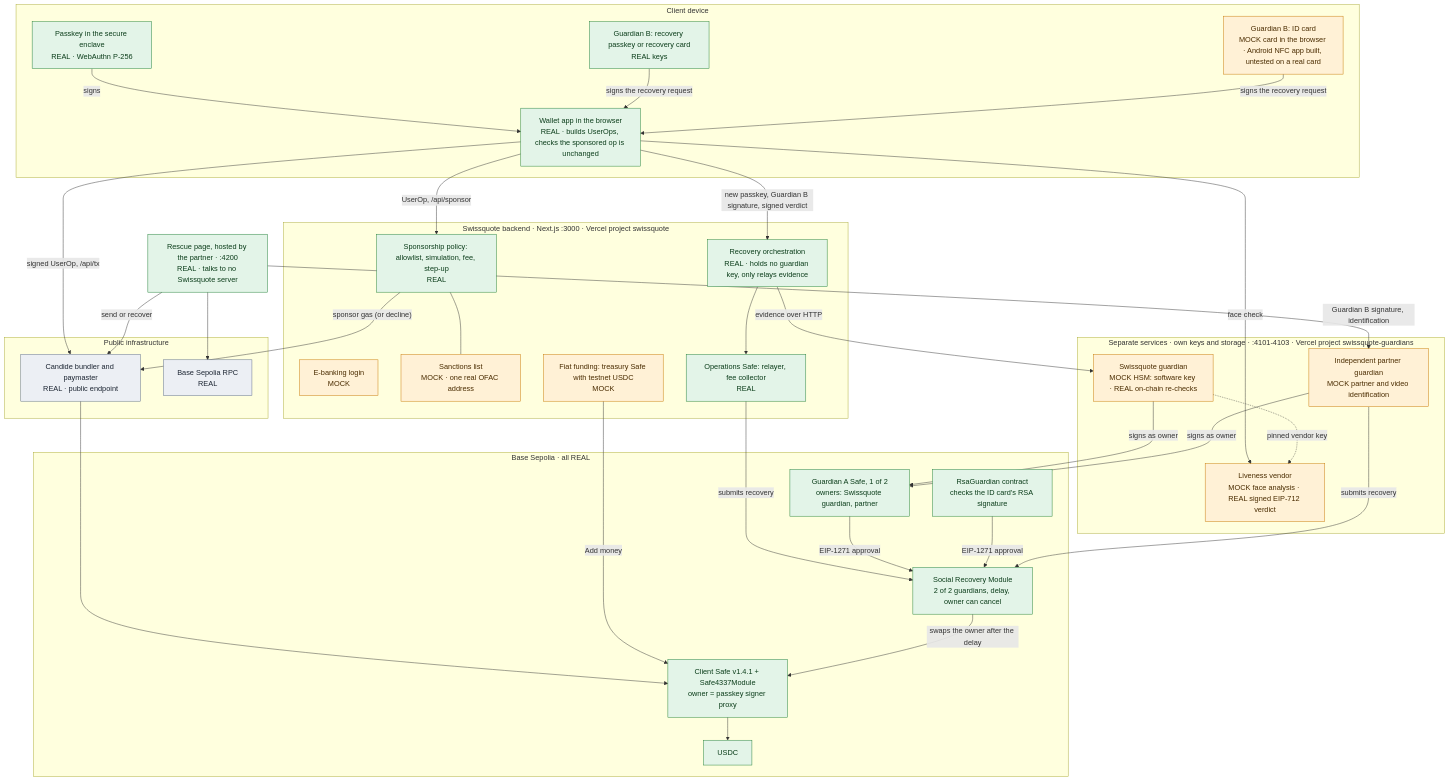
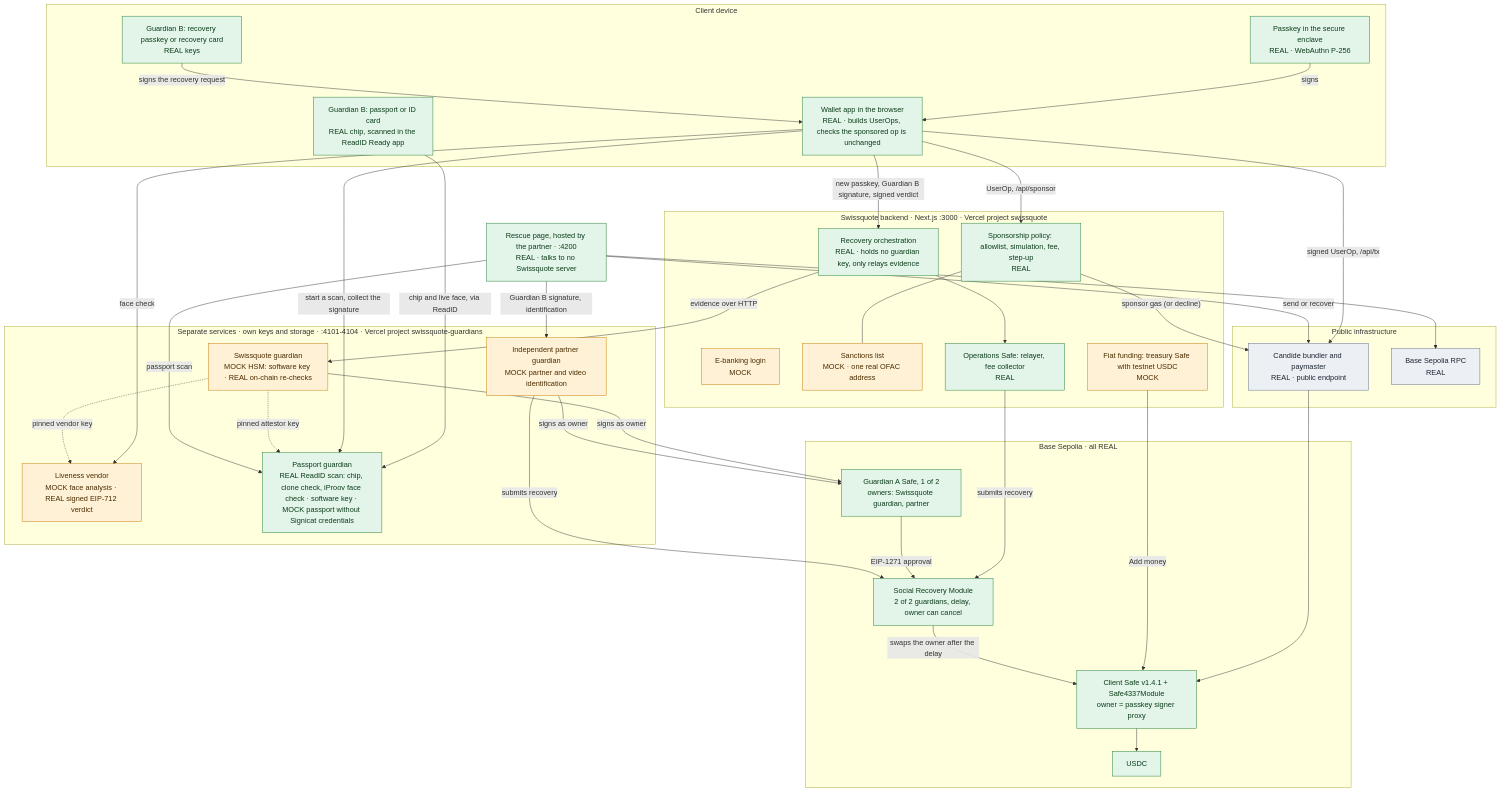
Before and after one commit to HugoPaj/BSA_Hackathon_HA: the diagram in README.md, drawn with Mermaid. The commit also changed other lines of this file and 28 other files, not shown here.

First line of the commit message:
Label simulated parts, scroll flows to the top on iOS, and add passport shots to the deck

````diff
--- a/README.md
+++ b/README.md
@@ -87,71 +89,73 @@
 ```mermaid
 flowchart TB
   classDef real fill:#e3f4e8,stroke:#1e7e34,color:#0b3d1a
   classDef mock fill:#fff1d6,stroke:#c77700,color:#4a2c00
   classDef ext fill:#eceff4,stroke:#5b6b84,color:#1d2633
 
   subgraph DEV["Client device"]
     PK["Passkey in the secure enclave<br/>REAL · WebAuthn P-256"]:::real
     APP["Wallet app in the browser<br/>REAL · builds UserOps, checks the sponsored op is unchanged"]:::real
     GB["Guardian B: recovery passkey or recovery card<br/>REAL keys"]:::real
-    IDC["Guardian B: ID card<br/>MOCK card in the browser · Android NFC app built, untested on a real card"]:::mock
+    PASS["Guardian B: passport or ID card<br/>REAL chip, scanned in the ReadID Ready app"]:::real
   end
 
   subgraph SQ["Swissquote backend · Next.js :3000 · Vercel project swissquote"]
     LOGIN["E-banking login<br/>MOCK"]:::mock
     POL["Sponsorship policy: allowlist, simulation, fee, step-up<br/>REAL"]:::real
     SANC["Sanctions list<br/>MOCK · one real OFAC address"]:::mock
     REC["Recovery orchestration<br/>REAL · holds no guardian key, only relays evidence"]:::real
     OPS["Operations Safe: relayer, fee collector<br/>REAL"]:::real
     FIAT["Fiat funding: treasury Safe with testnet USDC<br/>MOCK"]:::mock
   end
 
-  subgraph SVC["Separate services · own keys and storage · :4101-4103 · Vercel project swissquote-guardians"]
+  subgraph SVC["Separate services · own keys and storage · :4101-4104 · Vercel project swissquote-guardians"]
     SQG["Swissquote guardian<br/>MOCK HSM: software key · REAL on-chain re-checks"]:::mock
     LIV["Liveness vendor<br/>MOCK face analysis · REAL signed EIP-712 verdict"]:::mock
     PG["Independent partner guardian<br/>MOCK partner and video identification"]:::mock
+    PPG["Passport guardian<br/>REAL ReadID scan: chip, clone check, iProov face check · software key · MOCK passport without Signicat credentials"]:::real
   end
 
   RESCUE["Rescue page, hosted by the partner · :4200<br/>REAL · talks to no Swissquote server"]:::real
 
   subgraph PUB["Public infrastructure"]
     BUN["Candide bundler and paymaster<br/>REAL · public endpoint"]:::ext
     RPC["Base Sepolia RPC<br/>REAL"]:::ext
   end
 
   subgraph CHAIN["Base Sepolia · all REAL"]
     SAFE["Client Safe v1.4.1 + Safe4337Module<br/>owner = passkey signer proxy"]:::real
     SRM["Social Recovery Module<br/>2 of 2 guardians, delay, owner can cancel"]:::real
     GA["Guardian A Safe, 1 of 2<br/>owners: Swissquote guardian, partner"]:::real
-    RSA["RsaGuardian contract<br/>checks the ID card's RSA signature"]:::real
     USDC["USDC"]:::real
   end
 
   PK -->|signs| APP
   APP -->|"UserOp, /api/sponsor"| POL
   POL --- SANC
   POL -->|"sponsor gas (or decline)"| BUN
   APP -->|"signed UserOp, /api/tx"| BUN
   BUN --> SAFE
   SAFE --> USDC
   FIAT -->|Add money| SAFE
 
   GB -->|signs the recovery request| APP
-  IDC -->|signs the recovery request| APP
+  PASS -->|"chip and live face, via ReadID"| PPG
+  APP -->|"start a scan, collect the signature"| PPG
   APP -->|face check| LIV
   APP -->|"new passkey, Guardian B signature, signed verdict"| REC
   REC -->|evidence over HTTP| SQG
   SQG -.->|pinned vendor key| LIV
+  SQG -.->|pinned attestor key| PPG
   SQG -->|signs as owner| GA
   REC --> OPS
   OPS -->|submits recovery| SRM
   GA -->|"EIP-1271 approval"| SRM
-  RSA -->|"EIP-1271 approval"| SRM
   SRM -->|"swaps the owner after the delay"| SAFE
 
   RESCUE -->|send or recover| BUN
   RESCUE --> RPC
   RESCUE -->|"Guardian B signature, identification"| PG
+  RESCUE -->|passport scan| PPG
   PG -->|signs as owner| GA
   PG -->|submits recovery| SRM
 ```
````
